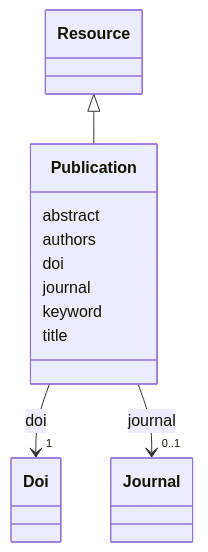
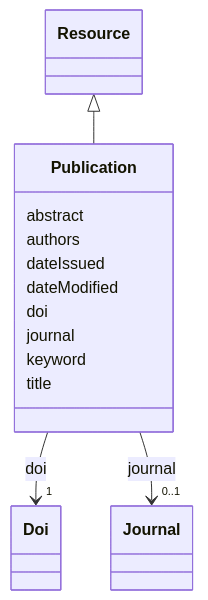
One commit to EVORA-project/evora-ontology changed the diagram in models/docs/Publication.md. Above: the diagram before and after it, drawn with Mermaid. The commit also changed other lines of this file and 377 other files, not shown here.

````diff
--- a/models/docs/Publication.md
+++ b/models/docs/Publication.md
@@ -19,35 +19,39 @@
 ```mermaid
  classDiagram
     class Publication
     click Publication href "../Publication"
       Resource <|-- Publication
         click Resource href "../Resource"
       
       Publication : abstract
         
       Publication : authors
+        
+      Publication : dateIssued
+        
+      Publication : dateModified
         
       Publication : doi
         
           
     
     
     Publication --> "1" Doi : doi
     click Doi href "../Doi"
 
         
       Publication : journal
         
           
     
     
     Publication --> "0..1" Journal : journal
     click Journal href "../Journal"
 
         
       Publication : keyword
         
       Publication : title
         
       
 ```
````
